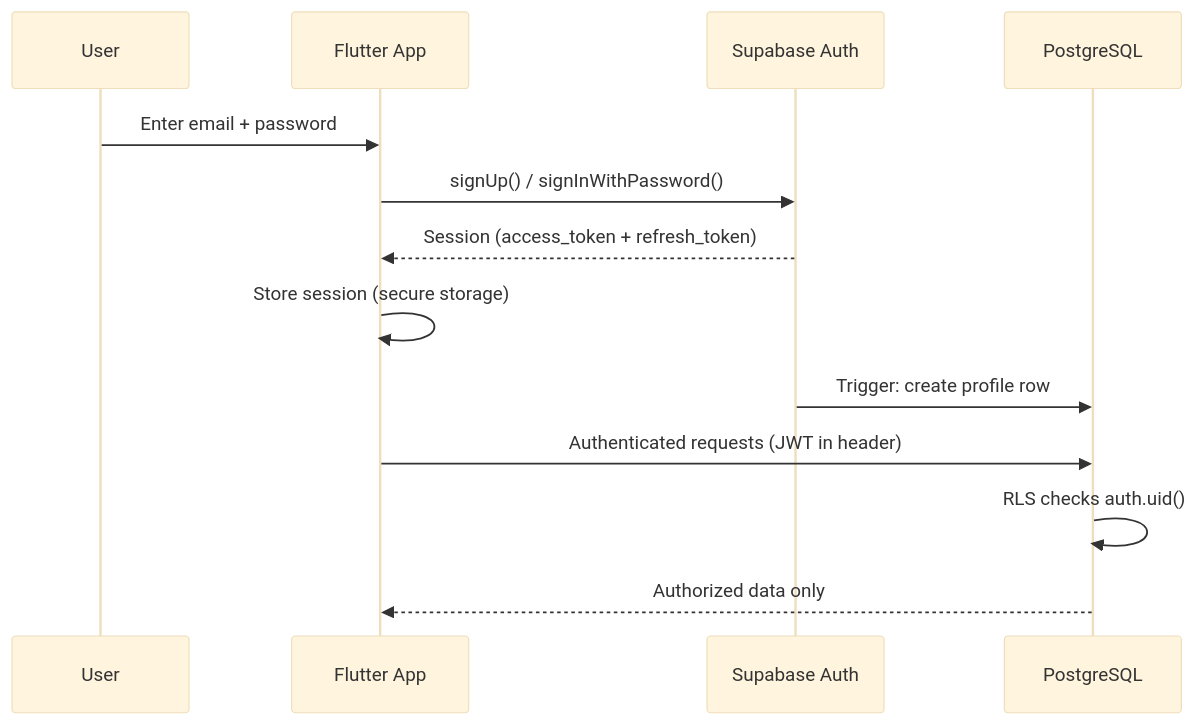
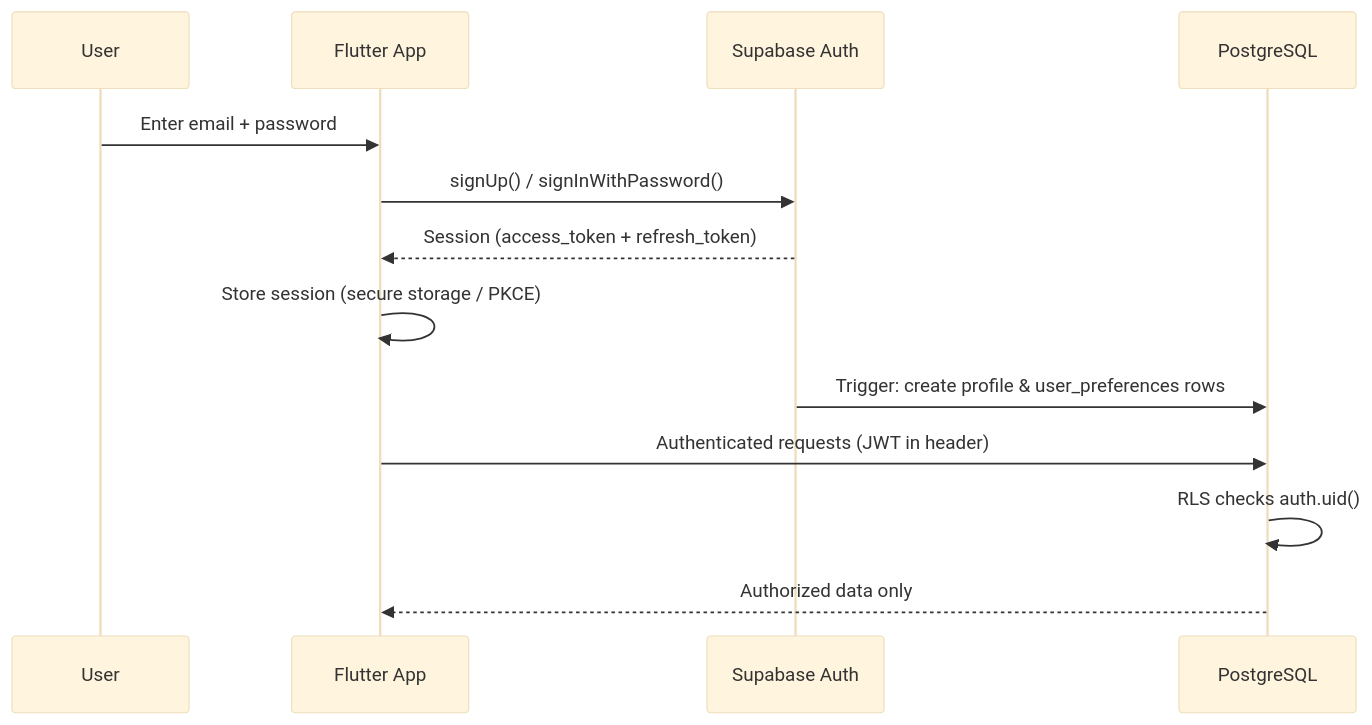
One commit to Navdeep-kr/Neuroplay changed the diagram in docs/security.md. Above: the diagram before and after it, drawn with Mermaid (base theme). The commit also changed other lines of this file and 29 other files, not shown here.

Commit message:
feat(auth): implement supabase auth, guest mode, profile preferences, and account deletion

````diff
--- a/docs/security.md
+++ b/docs/security.md
@@ -22,16 +23,16 @@
 ```mermaid
 sequenceDiagram
     participant User
     participant App as Flutter App
     participant Auth as Supabase Auth
     participant DB as PostgreSQL
 
     User->>App: Enter email + password
     App->>Auth: signUp() / signInWithPassword()
     Auth-->>App: Session (access_token + refresh_token)
-    App->>App: Store session (secure storage)
-    Auth->>DB: Trigger: create profile row
+    App->>App: Store session (secure storage / PKCE)
+    Auth->>DB: Trigger: create profile & user_preferences rows
     App->>DB: Authenticated requests (JWT in header)
     DB->>DB: RLS checks auth.uid()
     DB-->>App: Authorized data only
 ```
````
